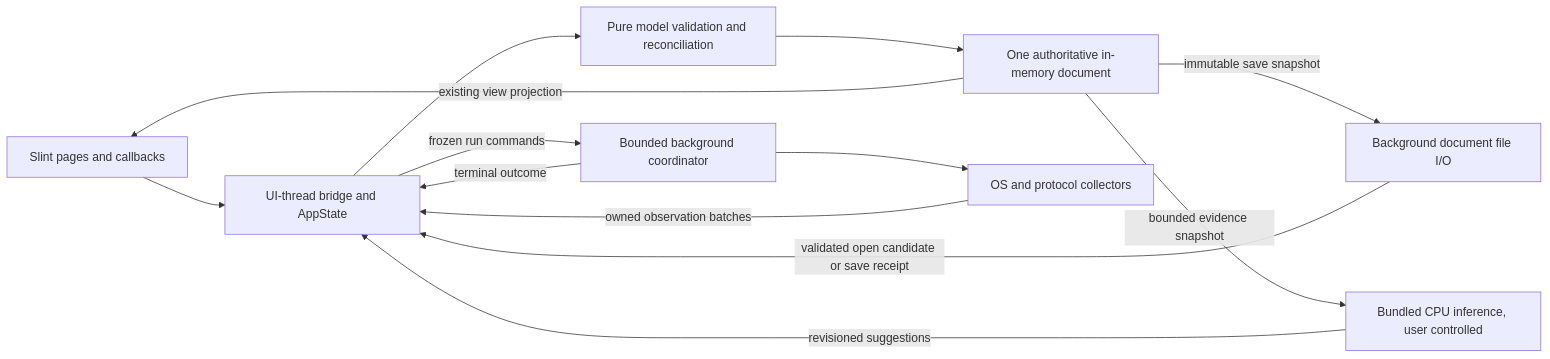
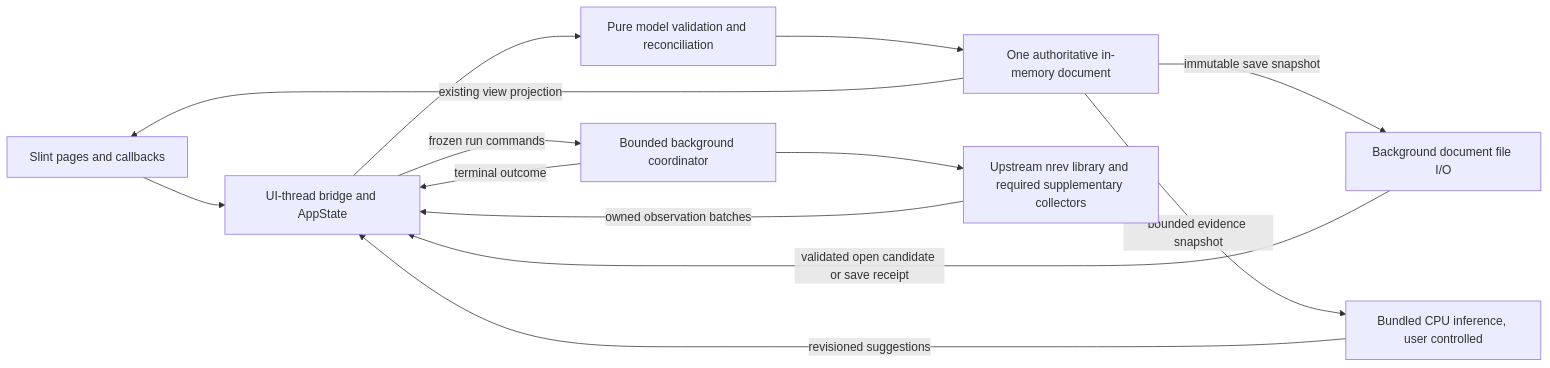
One commit to macg4dave/Roller_Hopper changed the diagram in docs/backend-architecture.md. Above: the diagram before and after it, drawn with Mermaid. The commit also changed other lines of this file and 19 other files, not shown here.

````diff
--- a/docs/backend-architecture.md
+++ b/docs/backend-architecture.md
@@ -18,15 +21,15 @@
 ```mermaid
 flowchart LR
     UI[Slint pages and callbacks] --> B[UI-thread bridge and AppState]
     B --> R[Pure model validation and reconciliation]
     R --> D[One authoritative in-memory document]
     D -->|existing view projection| UI
     B -->|frozen run commands| W[Bounded background coordinator]
-    W --> P[OS and protocol collectors]
+    W --> P[Upstream nrev library and required supplementary collectors]
     P -->|owned observation batches| B
     W -->|terminal outcome| B
     D -->|immutable save snapshot| S[Background document file I/O]
     S -->|validated open candidate or save receipt| B
     D -->|bounded evidence snapshot| A[Bundled CPU inference, user controlled]
     A -->|revisioned suggestions| B
 ```
````
